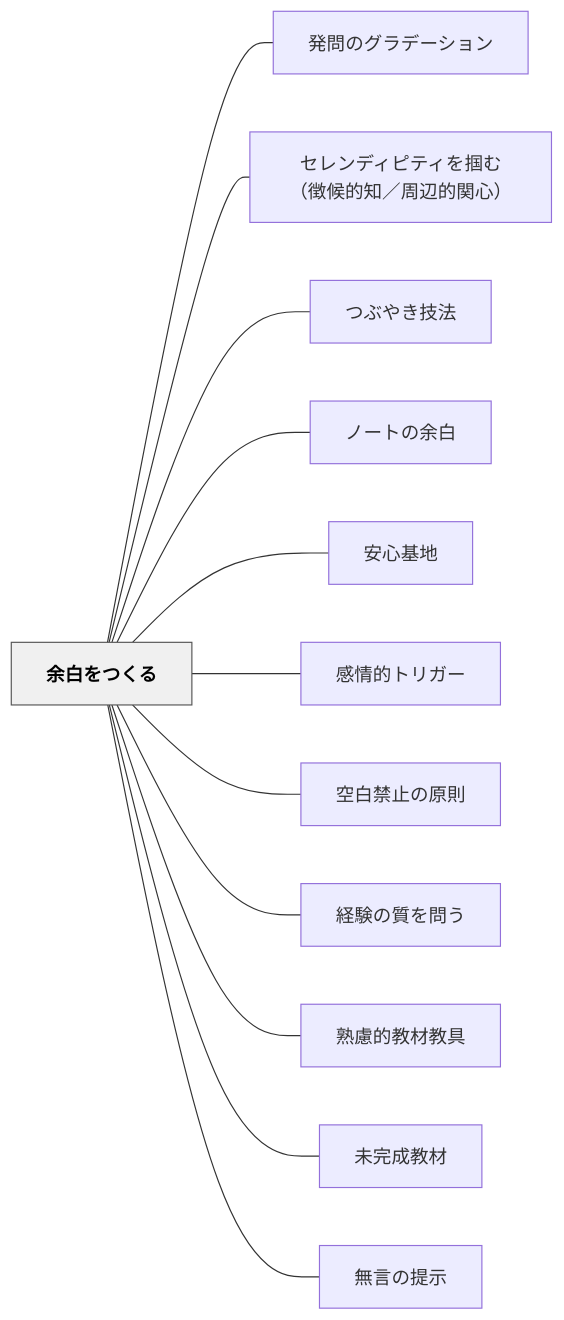
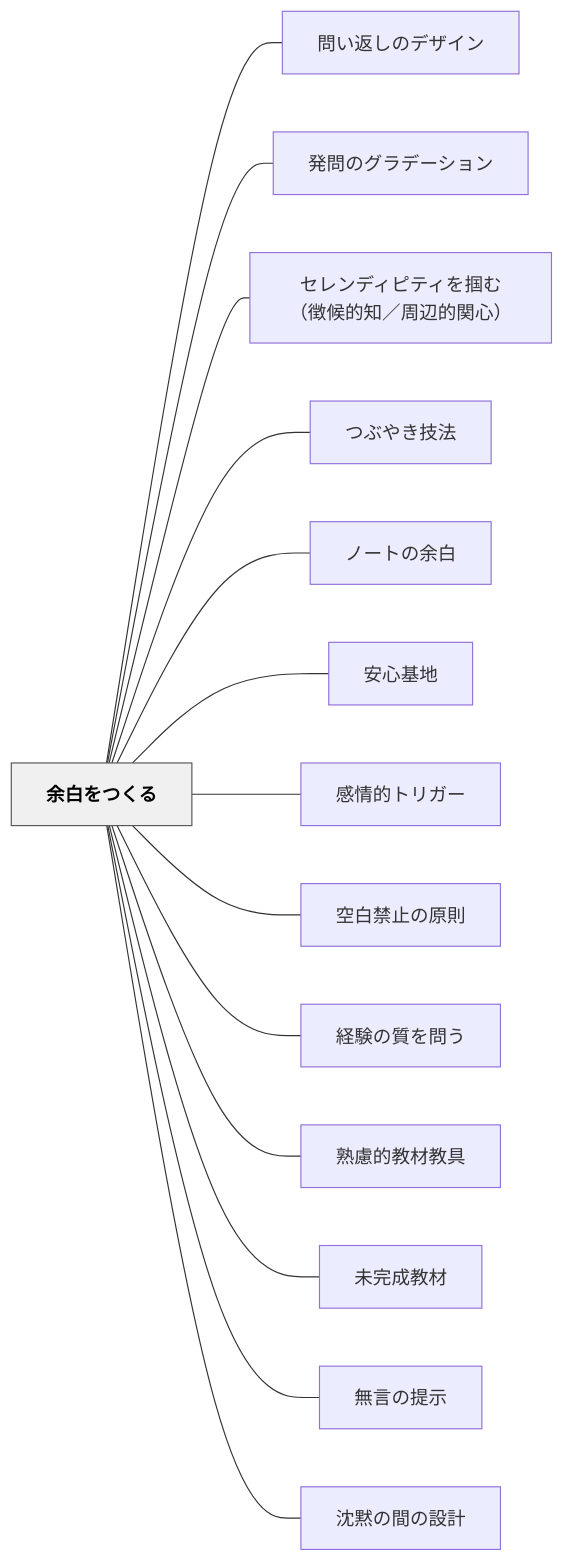
The diagram in content/パタン/余白をつくる.md (unknownthings-ed-patterns/unknownthings-ed-patterns), drawn with Mermaid before and after one commit. The commit also changed other lines of this file and 100 other files, not shown here.

````diff
--- a/content/パタン/余白をつくる.md
+++ b/content/パタン/余白をつくる.md
@@ -80,30 +82,34 @@
 ```mermaid
 flowchart LR
     ne4bd99e799bde38292e381a4e3818fe3828b["余白をつくる"]
+    ne5958fe38184e8bf94e38197e381aee38387e382b6e382a4e383b3["問い返しのデザイン"]
     ne799bae5958fe381aee382b0e383a9e38387e383bce382b7e383a7e383b3["発問のグラデーション"]
     ne382bbe383ace383b3e38387e382a3e38394e38386e382a3e38292e68eb4e38280efbc88e5beb4e58099e79a84e79fa5efbc8fe591a8e8bebae79a84e996a2e5bf83efbc89["セレンディピティを掴む（徴候的知／周辺的関心）"]
     ne381a4e381b6e38284e3818de68a80e6b395["つぶやき技法"]
     ne3838ee383bce38388e381aee4bd99e799bd["ノートの余白"]
     ne5ae89e5bf83e59fbae59cb0["安心基地"]
     ne6849fe68385e79a84e38388e383aae382ace383bc["感情的トリガー"]
     ne7a9bae799bde7a681e6ada2e381aee58e9fe58987["空白禁止の原則"]
     ne7b58ce9a893e381aee8b3aae38292e5958fe38186["経験の質を問う"]
     ne7869fe685aee79a84e69599e69d90e69599e585b7["熟慮的教材教具"]
     ne69caae5ae8ce68890e69599e69d90["未完成教材"]
     ne784a1e8a880e381aee68f90e7a4ba["無言の提示"]
+    ne6b288e9bb99e381aee99693e381aee8a8ade8a888["沈黙の間の設計"]
 
+    ne4bd99e799bde38292e381a4e3818fe3828b --- ne5958fe38184e8bf94e38197e381aee38387e382b6e382a4e383b3
     ne4bd99e799bde38292e381a4e3818fe3828b --- ne799bae5958fe381aee382b0e383a9e38387e383bce382b7e383a7e383b3
     ne4bd99e799bde38292e381a4e3818fe3828b --- ne382bbe383ace383b3e38387e382a3e38394e38386e382a3e38292e68eb4e38280efbc88e5beb4e58099e79a84e79fa5efbc8fe591a8e8bebae79a84e996a2e5bf83efbc89
     ne4bd99e799bde38292e381a4e3818fe3828b --- ne381a4e381b6e38284e3818de68a80e6b395
     ne4bd99e799bde38292e381a4e3818fe3828b --- ne3838ee383bce38388e381aee4bd99e799bd
     ne4bd99e799bde38292e381a4e3818fe3828b --- ne5ae89e5bf83e59fbae59cb0
     ne4bd99e799bde38292e381a4e3818fe3828b --- ne6849fe68385e79a84e38388e383aae382ace383bc
     ne4bd99e799bde38292e381a4e3818fe3828b --- ne7a9bae799bde7a681e6ada2e381aee58e9fe58987
     ne4bd99e799bde38292e381a4e3818fe3828b --- ne7b58ce9a893e381aee8b3aae38292e5958fe38186
     ne4bd99e799bde38292e381a4e3818fe3828b --- ne7869fe685aee79a84e69599e69d90e69599e585b7
     ne4bd99e799bde38292e381a4e3818fe3828b --- ne69caae5ae8ce68890e69599e69d90
     ne4bd99e799bde38292e381a4e3818fe3828b --- ne784a1e8a880e381aee68f90e7a4ba
+    ne4bd99e799bde38292e381a4e3818fe3828b --- ne6b288e9bb99e381aee99693e381aee8a8ade8a888
 
     classDef hub fill:#f0f0f0,stroke:#555,color:#000,font-weight:bold
     class ne4bd99e799bde38292e381a4e3818fe3828b hub
 ```
````
